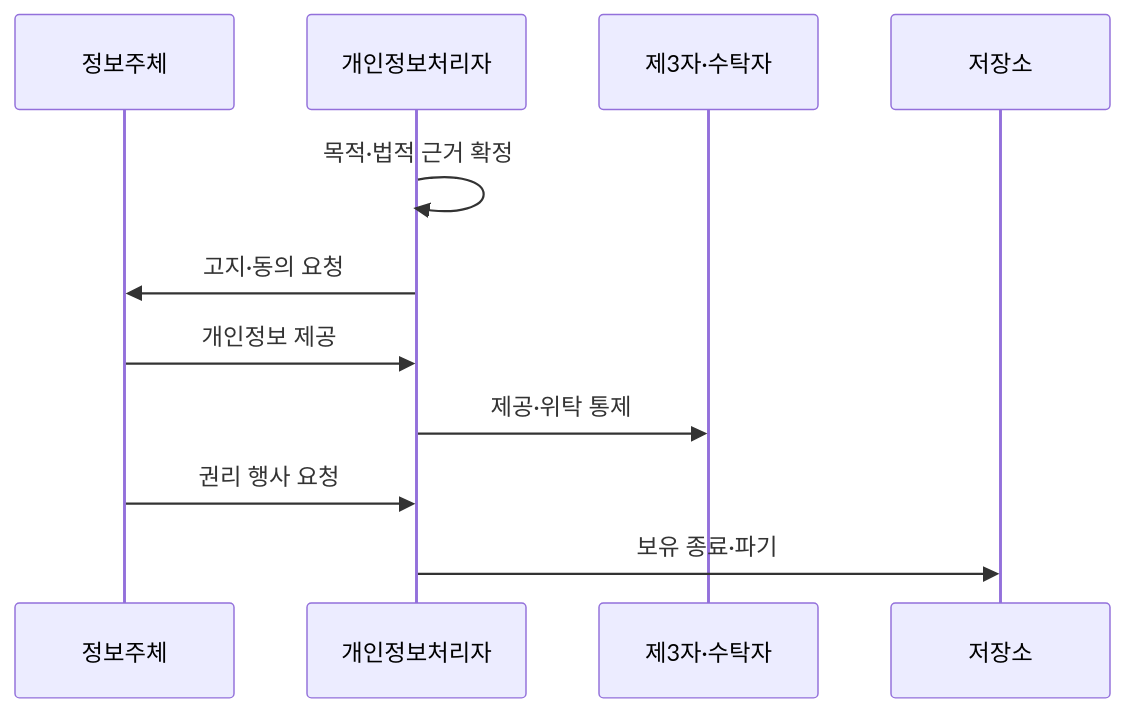
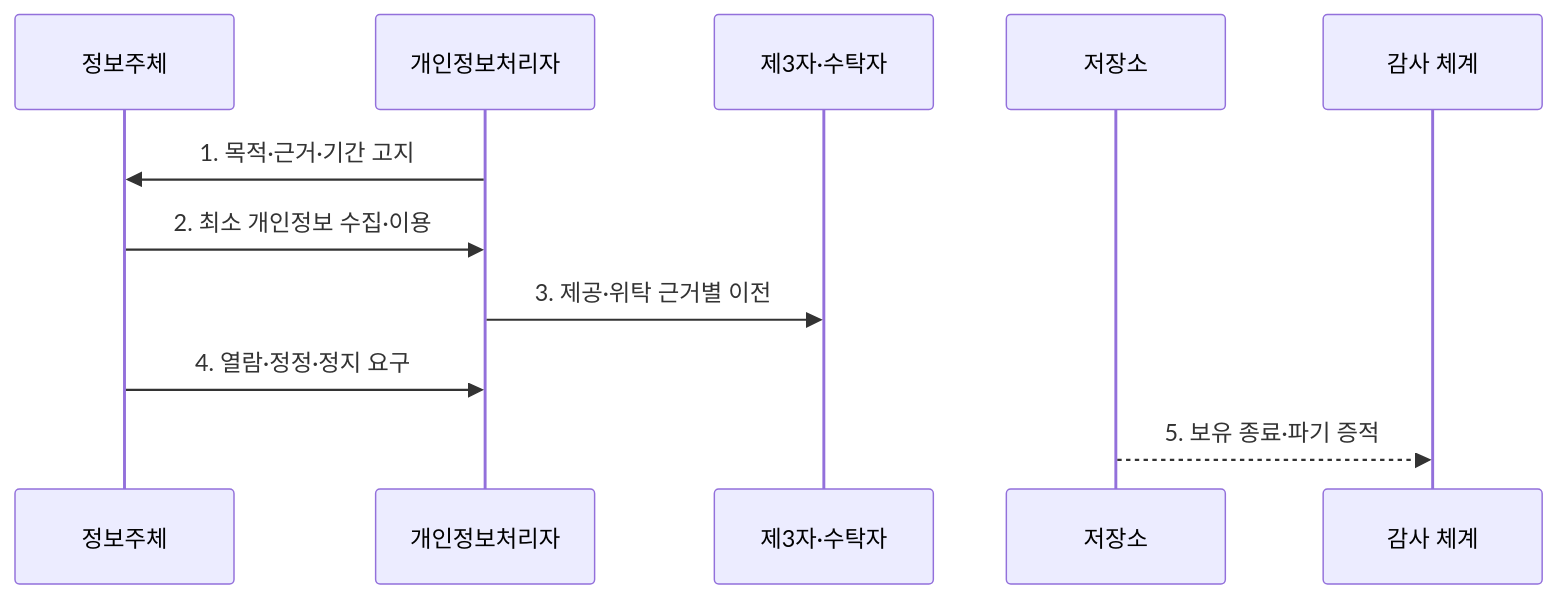
The second of 2 diagrams in src/content/docs/notes/05-security/094_personal_data_protection_act.md (agnusdei1207/knowledge-base), drawn with Mermaid before and after one commit. The commit also changed other lines of this file and 3 other files, not shown here.

````diff
--- a/src/content/docs/notes/05-security/094_personal_data_protection_act.md
+++ b/src/content/docs/notes/05-security/094_personal_data_protection_act.md
@@ -81,13 +81,13 @@
 ```mermaid
 sequenceDiagram
     participant S as 정보주체
     participant C as 개인정보처리자
     participant T as 제3자·수탁자
     participant D as 저장소
-    C->>C: 목적·법적 근거 확정
-    C->>S: 고지·동의 요청
-    S->>C: 개인정보 제공
-    C->>T: 제공·위탁 통제
-    S->>C: 권리 행사 요청
-    C->>D: 보유 종료·파기
+    participant A as 감사 체계
+    C->>S: 1. 목적·근거·기간 고지
+    S->>C: 2. 최소 개인정보 수집·이용
+    C->>T: 3. 제공·위탁 근거별 이전
+    S->>C: 4. 열람·정정·정지 요구
+    D-->>A: 5. 보유 종료·파기 증적
 ```
````
